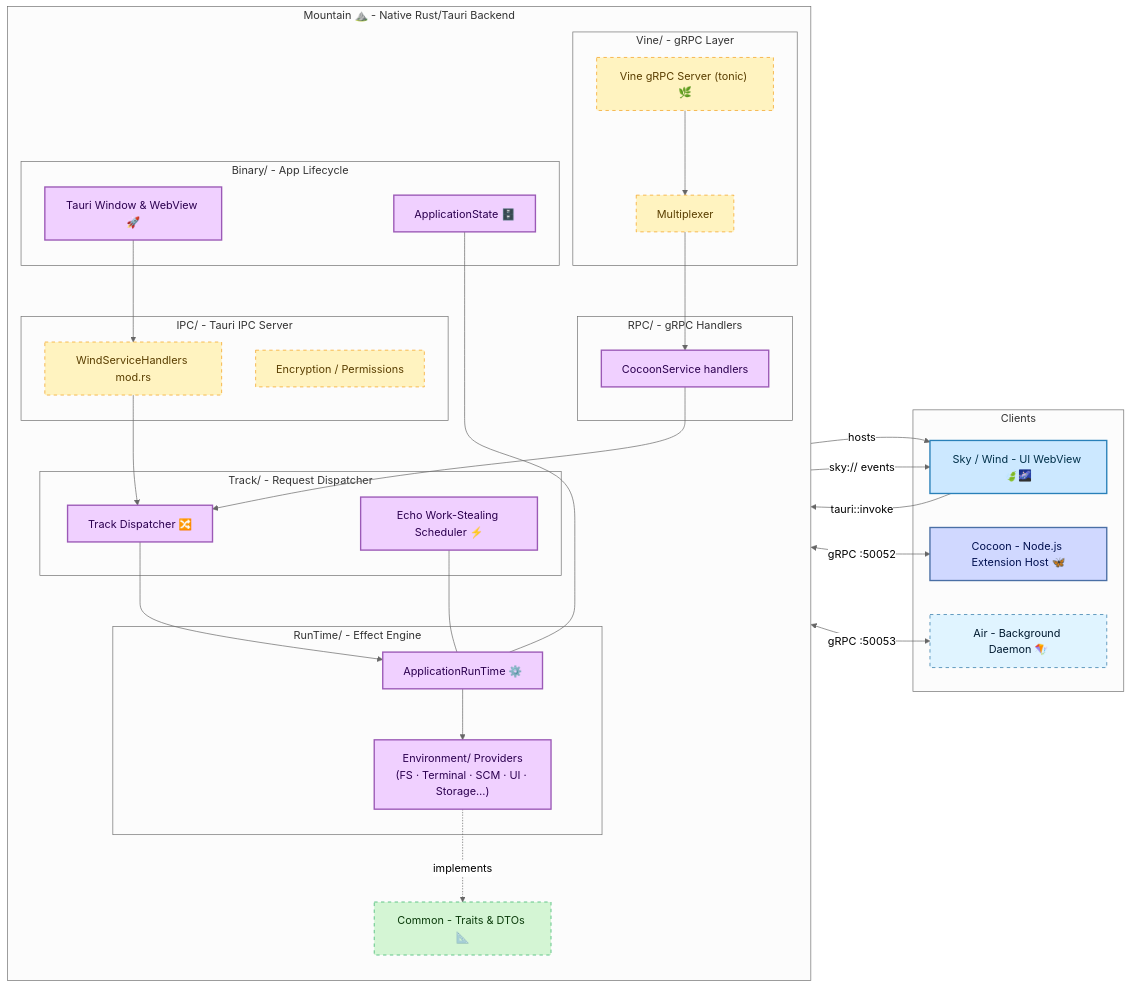
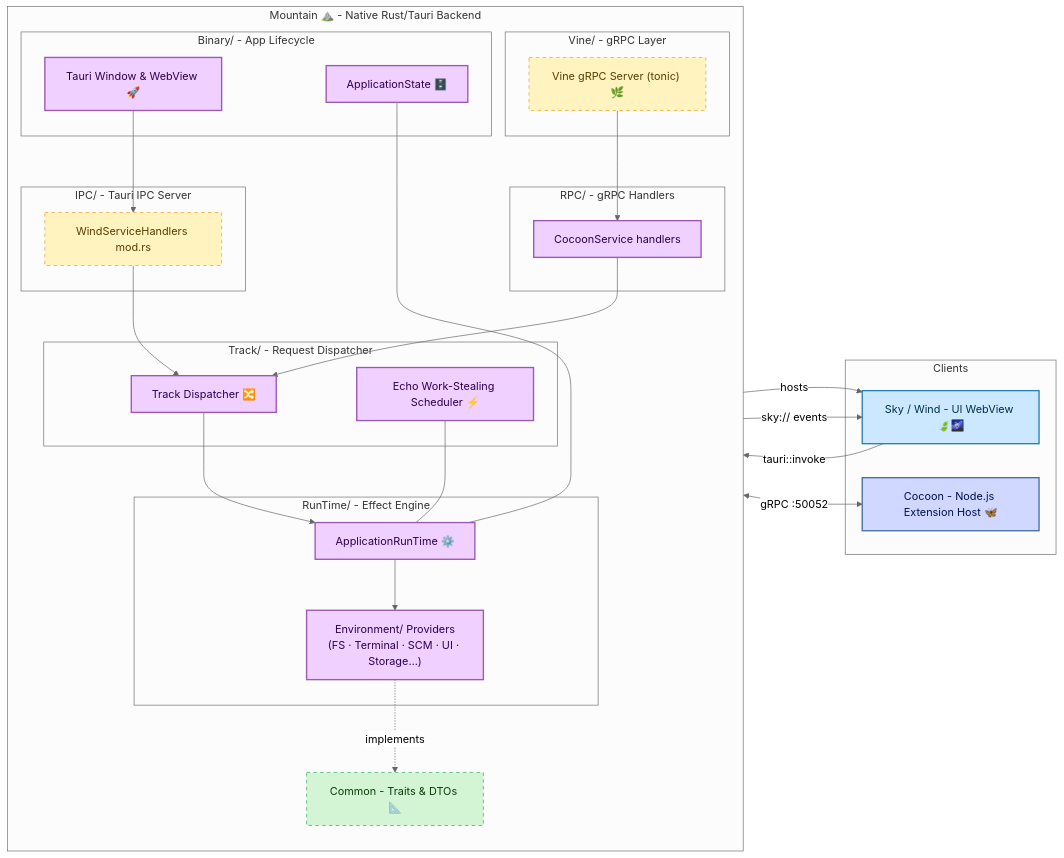
One commit to CodeEditorLand/Mountain changed the diagram in README.md. Above: the diagram before and after it, drawn with Mermaid (neutral theme). The commit also changed other lines of this file and 126 other files, not shown here.

````diff
--- a/README.md
+++ b/README.md
@@ -129,60 +129,55 @@
 ```mermaid
 graph LR
     classDef mountain fill:#f0d0ff,stroke:#9b59b6,stroke-width:2px,color:#2c0050;
     classDef cocoon   fill:#d0d8ff,stroke:#4a6fa5,stroke-width:2px,color:#001050;
     classDef wind     fill:#cce8ff,stroke:#2980b9,stroke-width:2px,color:#00304a;
     classDef common   fill:#d4f5d4,stroke:#27ae60,stroke-width:1px,stroke-dasharray:5 5,color:#0a3a0a;
     classDef ipc      fill:#fff3c0,stroke:#f39c12,stroke-width:1px,stroke-dasharray:5 5,color:#5a3e00;
     classDef air      fill:#e0f4ff,stroke:#2471a3,stroke-width:1px,stroke-dasharray:5 5,color:#001a30;
 
     subgraph MOUNTAIN["Mountain ⛰️ - Native Rust/Tauri Backend"]
         direction TB
         subgraph INIT["Binary/ - App Lifecycle"]
             TauriRuntime["Tauri Window &amp; WebView 🚀"]:::mountain
             AppState["ApplicationState 🗄️"]:::mountain
         end
         subgraph DISPATCH["Track/ - Request Dispatcher"]
             TrackDispatcher["Track Dispatcher 🔀"]:::mountain
             EchoScheduler["Echo Work-Stealing Scheduler ⚡"]:::mountain
         end
         subgraph RUNTIME["RunTime/ - Effect Engine"]
             AppRunTime["ApplicationRunTime ⚙️"]:::mountain
             EnvProviders["Environment/ Providers\n(FS · Terminal · SCM · UI · Storage…)"]:::mountain
         end
         subgraph IPC_LAYER["IPC/ - Tauri IPC Server"]
             WindHandlers["WindServiceHandlers mod.rs"]:::ipc
-            Encryption["Encryption / Permissions"]:::ipc
         end
         subgraph VINE_LAYER["Vine/ - gRPC Layer"]
             VineServer["Vine gRPC Server (tonic) 🌿"]:::ipc
-            VineMux["Multiplexer"]:::ipc
         end
         subgraph RPC_LAYER["RPC/ - gRPC Handlers"]
             CocoonRPC["CocoonService handlers"]:::mountain
         end
         CommonCrate["Common - Traits &amp; DTOs 📐"]:::common
 
         TauriRuntime --> WindHandlers
         WindHandlers --> TrackDispatcher
         TrackDispatcher --> AppRunTime
         AppRunTime --> EnvProviders
         EnvProviders -.implements.-> CommonCrate
         AppState --- AppRunTime
-        VineServer --> VineMux
-        VineMux --> CocoonRPC
+        VineServer --> CocoonRPC
         CocoonRPC --> TrackDispatcher
         EchoScheduler --- AppRunTime
     end
 
     subgraph CLIENTS["Clients"]
         SkyWind["Sky / Wind - UI WebView 🍃🌌"]:::wind
         CocoonHost["Cocoon - Node.js Extension Host 🦋"]:::cocoon
-        AirDaemon["Air - Background Daemon 🪁"]:::air
     end
 
     TauriRuntime -- hosts --> SkyWind
     SkyWind -- tauri::invoke --> WindHandlers
     WindHandlers -- sky:// events --> SkyWind
     VineServer <-- gRPC :50052 --> CocoonHost
-    VineServer <-- gRPC :50053 --> AirDaemon
 ```
````
